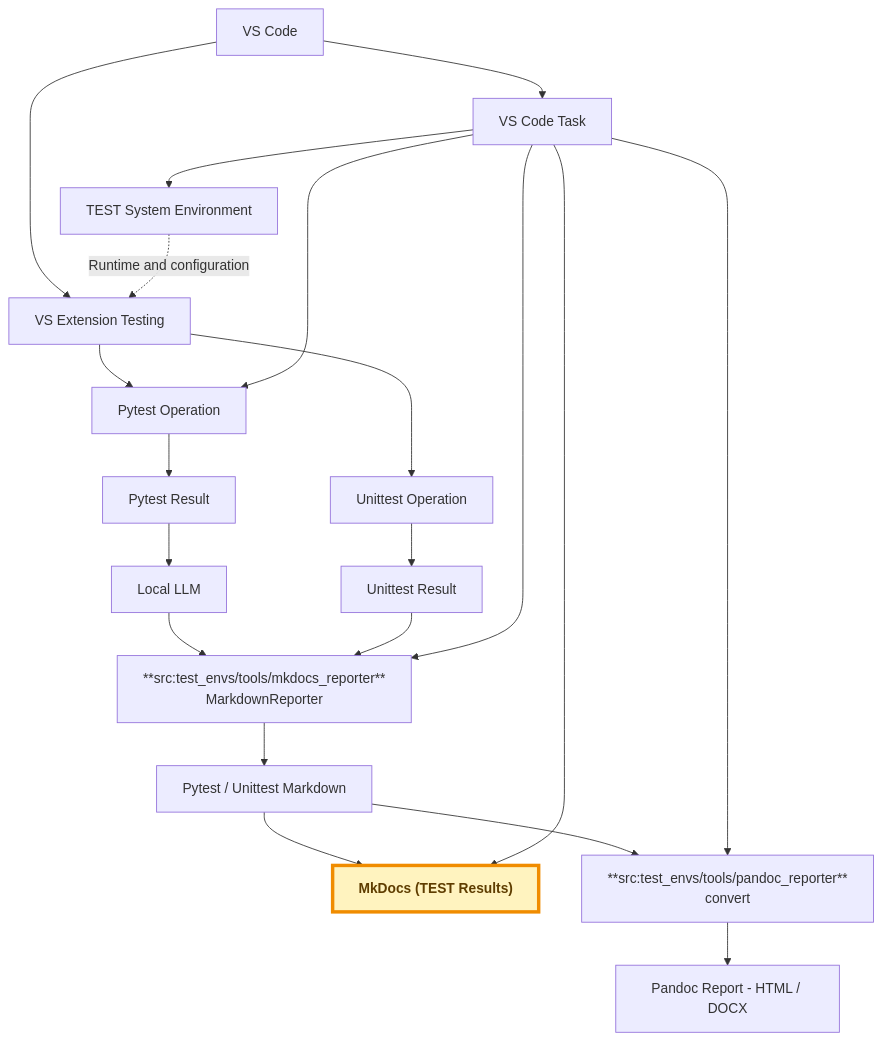
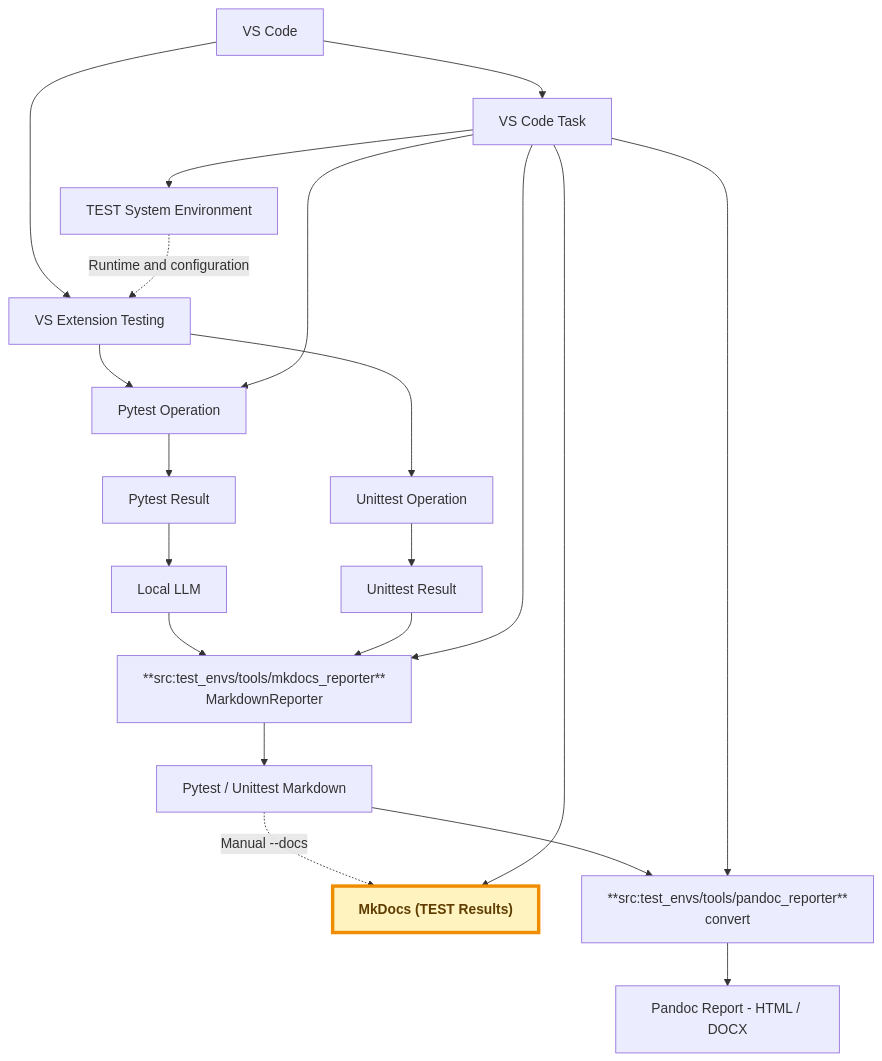
Before and after one commit to JeonghunLee/AI-driven-CI-CT: the first of 2 diagrams in docs/index.md, drawn with Mermaid. The commit also changed other lines of this file and 13 other files, not shown here.

````diff
--- a/docs/index.md
+++ b/docs/index.md
@@ -61,39 +61,39 @@
 ```mermaid
 flowchart TD
     VSCODE[VS Code]
     EXTENSION[VS Extension Testing]
     TASK[VS Code Task]
     ENV[TEST System Environment]
     PYTEST[Pytest Operation]
     UNITTEST[Unittest Operation]
     PYTEST_RESULT[Pytest Result]
     UNITTEST_RESULT[Unittest Result]
     LLM[Local LLM]
     REPORTER["**src:test_envs/tools/mkdocs_reporter**<br/>MarkdownReporter"]
     MARKDOWN["Pytest / Unittest Markdown"]
     MKDOCS["MkDocs (TEST Results)"]
     PANDOC_REPORTER["**src:test_envs/tools/pandoc_reporter**<br/>convert"]
     PANDOC[Pandoc Report - HTML / DOCX]
 
     VSCODE --> EXTENSION
     VSCODE --> TASK
     TASK --> ENV
     ENV -. Runtime and configuration .-> EXTENSION
 
     EXTENSION --> PYTEST
     EXTENSION --> UNITTEST
     TASK --> PYTEST
 
     PYTEST --> PYTEST_RESULT --> LLM --> REPORTER
     UNITTEST --> UNITTEST_RESULT --> REPORTER
 
     TASK --> REPORTER
     REPORTER --> MARKDOWN
-    MARKDOWN --> MKDOCS
+    MARKDOWN -. Manual --docs .-> MKDOCS
     MARKDOWN --> PANDOC_REPORTER --> PANDOC
     TASK --> MKDOCS
     TASK --> PANDOC_REPORTER
 
     classDef testResults fill:#fff3bf,stroke:#f08c00,stroke-width:4px,color:#5f3d00,font-weight:bold
     class MKDOCS testResults
 ```
````
